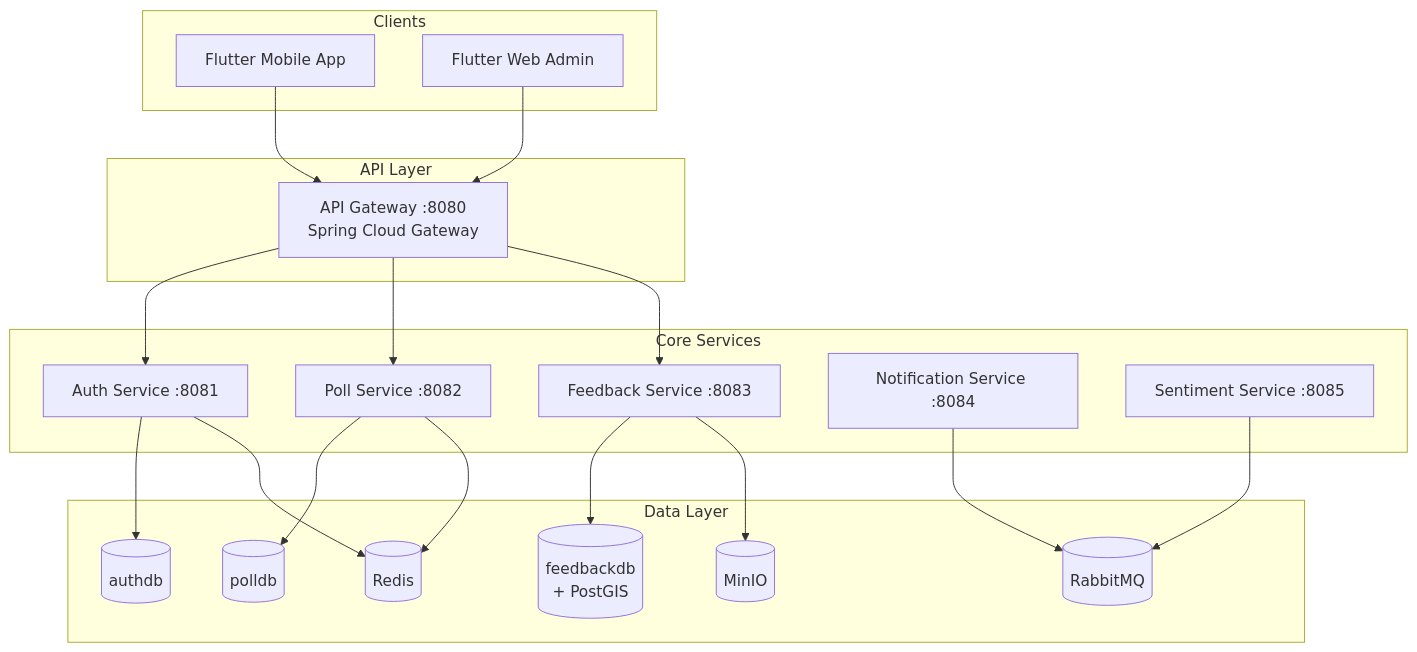
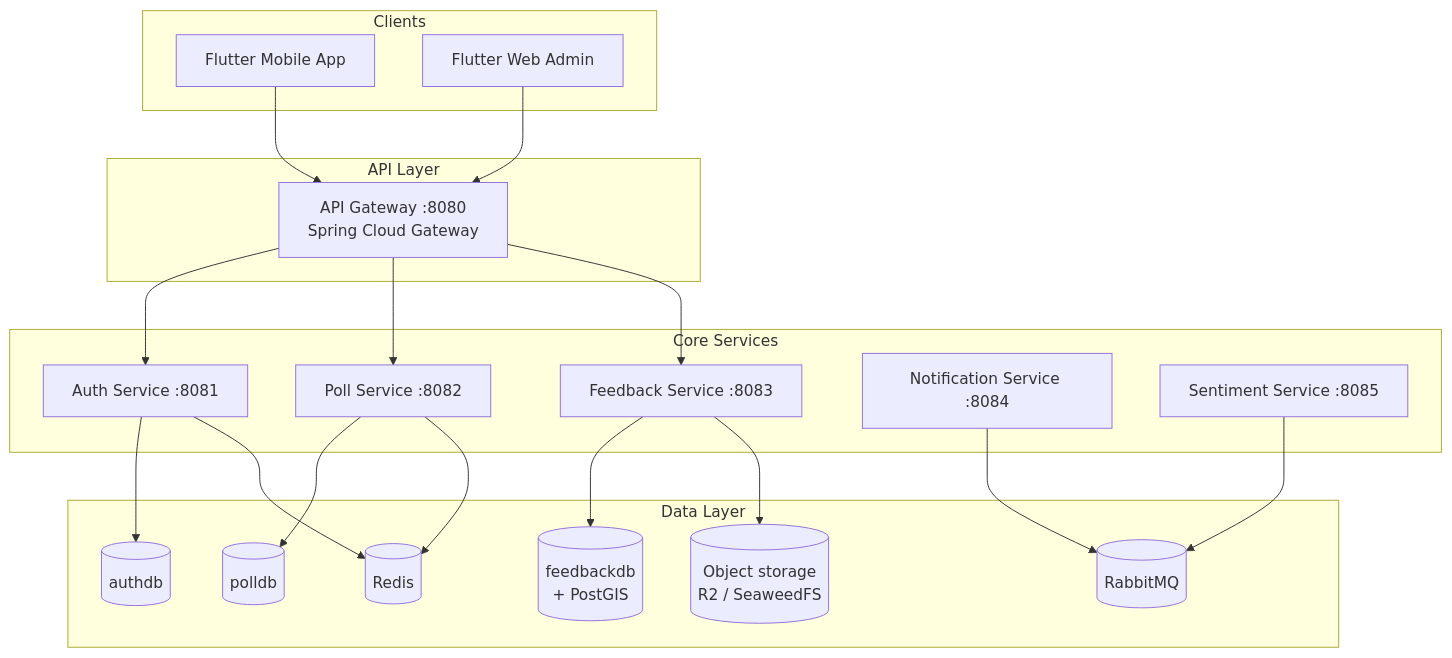
Before and after one commit to nihar-landge/sun-final-pro: the first of 2 diagrams in docs/architecture.md, drawn with Mermaid. The commit also changed 8 other files, not shown here.

````diff
--- a/docs/architecture.md
+++ b/docs/architecture.md
@@ -5,42 +5,42 @@
 ```mermaid
 flowchart TD
     subgraph Clients
         A[Flutter Mobile App]
         B[Flutter Web Admin]
     end
 
     subgraph API Layer
         C[API Gateway :8080<br/>Spring Cloud Gateway]
     end
 
     subgraph Core Services
         D[Auth Service :8081]
         E[Poll Service :8082]
         F[Feedback Service :8083]
         G[Notification Service :8084]
         H[Sentiment Service :8085]
     end
 
     subgraph Data Layer
         I[(authdb)]
         J[(polldb)]
         K[(feedbackdb<br/>+ PostGIS)]
         L[(Redis)]
-        M[(MinIO)]
+        M[(Object storage<br/>R2 / SeaweedFS)]
         N[(RabbitMQ)]
     end
 
     A --> C
     B --> C
     C --> D
     C --> E
     C --> F
     D --> I
     D --> L
     E --> J
     E --> L
     F --> K
     F --> M
     G --> N
     H --> N
 ```
````
